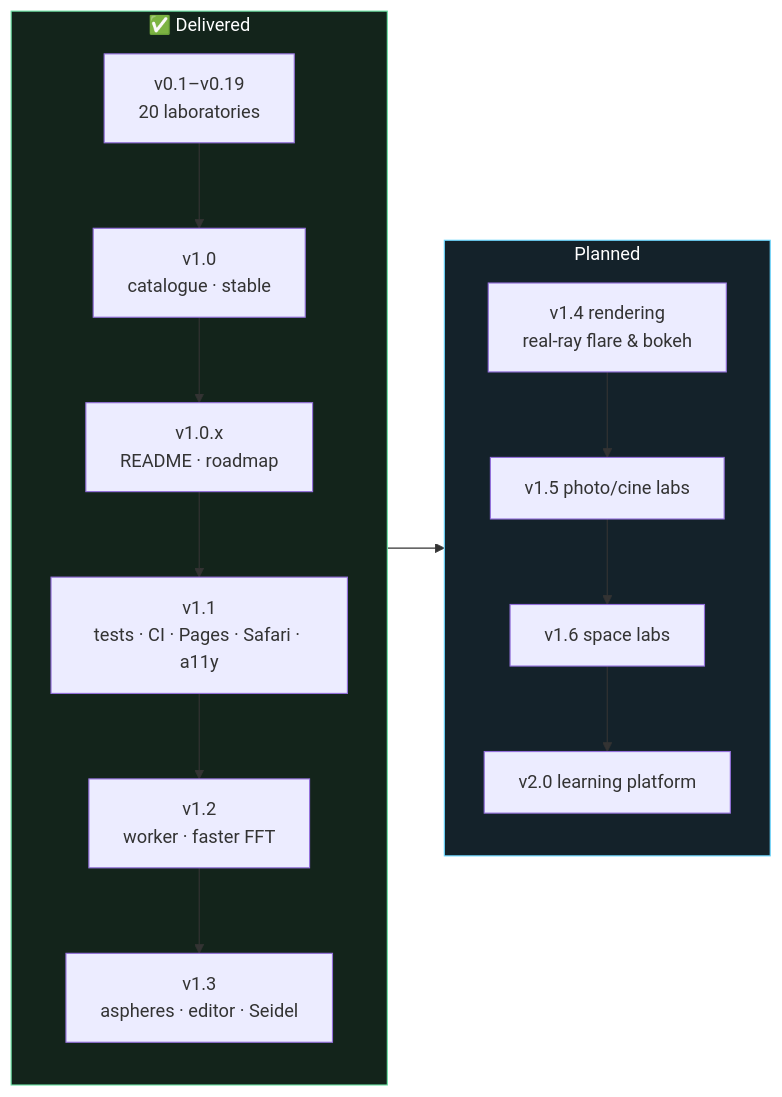
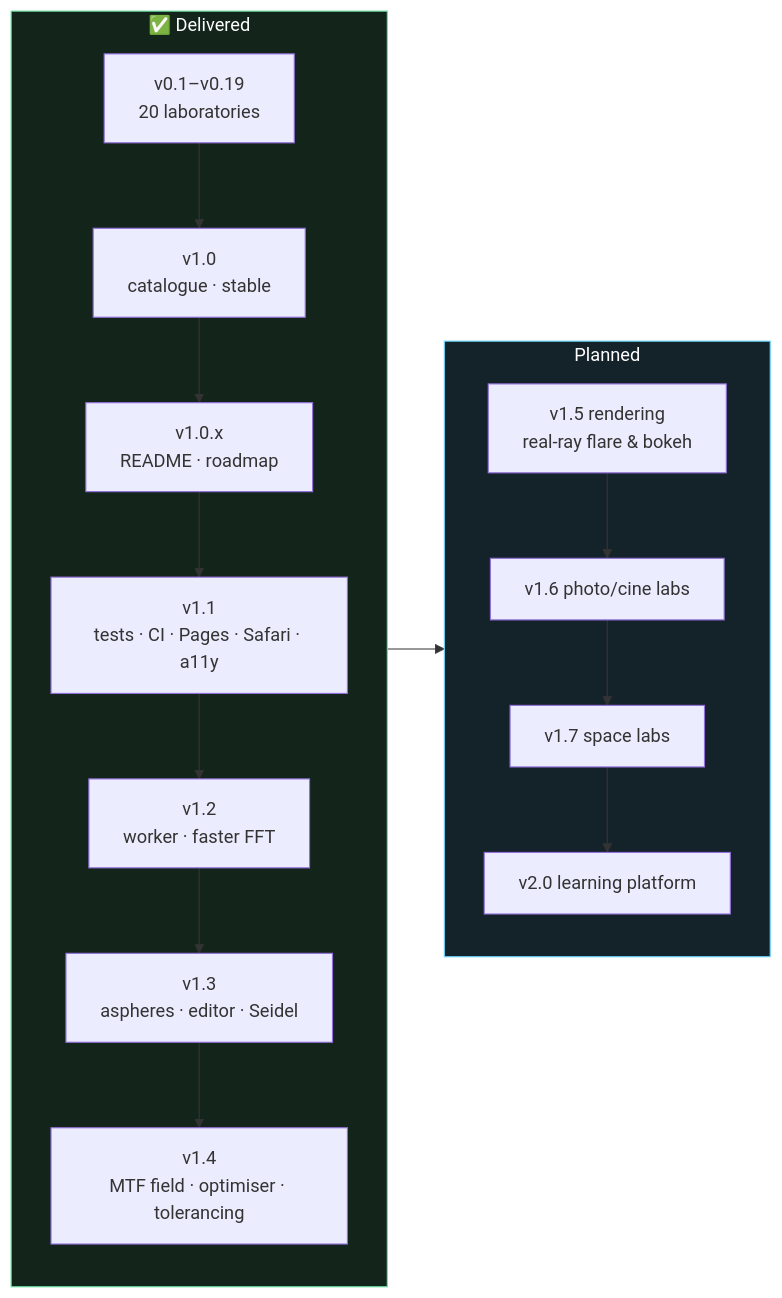
The diagram in ROADMAP.md (iiogurt/Optica_Viva), drawn with Mermaid before and after one commit. The commit also changed other lines of this file and 4 other files, not shown here.

````diff
--- a/ROADMAP.md
+++ b/ROADMAP.md
@@ -50,14 +50,14 @@
 ```mermaid
 flowchart LR
     subgraph Done["✅ Delivered"]
         direction TB
-        D0["v0.1–v0.19<br/>20 laboratories"] --> D1["v1.0<br/>catalogue · stable"] --> D2["v1.0.x<br/>README · roadmap"] --> D3["v1.1<br/>tests · CI · Pages · Safari · a11y"] --> D4["v1.2<br/>worker · faster FFT"] --> D5["v1.3<br/>aspheres · editor · Seidel"]
+        D0["v0.1–v0.19<br/>20 laboratories"] --> D1["v1.0<br/>catalogue · stable"] --> D2["v1.0.x<br/>README · roadmap"] --> D3["v1.1<br/>tests · CI · Pages · Safari · a11y"] --> D4["v1.2<br/>worker · faster FFT"] --> D5["v1.3<br/>aspheres · editor · Seidel"] --> D6["v1.4<br/>MTF field · optimiser · tolerancing"]
     end
     subgraph Next["Planned"]
         direction TB
-        N4["v1.4 rendering<br/>real-ray flare & bokeh"] --> N5["v1.5 photo/cine labs"] --> N6["v1.6 space labs"] --> N7["v2.0 learning platform"]
+        N4["v1.5 rendering<br/>real-ray flare & bokeh"] --> N5["v1.6 photo/cine labs"] --> N6["v1.7 space labs"] --> N7["v2.0 learning platform"]
     end
     Done --> Next
     style Done fill:#13241b,stroke:#6be3a4,color:#fff
     style Next fill:#14222a,stroke:#6ad7ff,color:#fff
 ```
````
